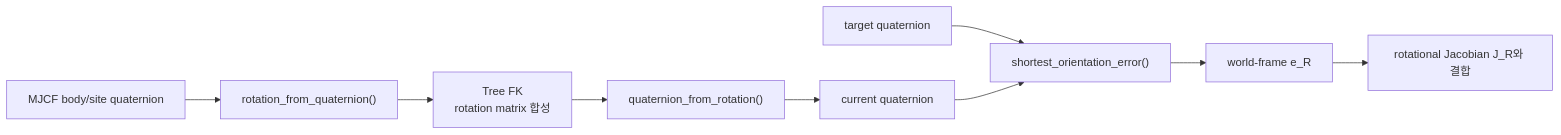
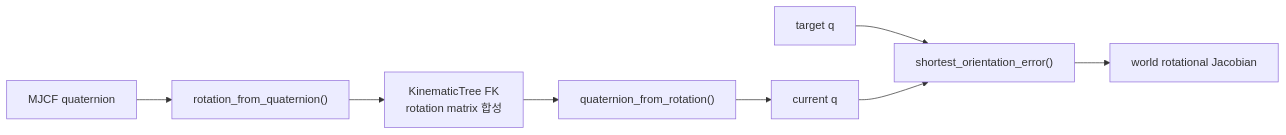
The diagram in docs/guide/quaternion-math.md (Geonhee-LEE/aiworker-mj-lab), drawn with Mermaid before and after one commit. The commit also changed other lines of this file and 54 other files, not shown here.

````diff
--- a/docs/guide/quaternion-math.md
+++ b/docs/guide/quaternion-math.md
@@ -245,11 +81,10 @@
 ```mermaid
 flowchart LR
-    M["MJCF body/site quaternion"] --> RQ["rotation_from_quaternion()"]
-    RQ --> FK["Tree FK<br>rotation matrix 합성"]
+    M["MJCF quaternion"] --> RQ["rotation_from_quaternion()"]
+    RQ --> FK["KinematicTree FK<br>rotation matrix 합성"]
     FK --> QR["quaternion_from_rotation()"]
-    QR --> QC["current quaternion"]
-    QT["target quaternion"] --> ER["shortest_orientation_error()"]
-    QC --> ER
-    ER --> E["world-frame e_R"]
-    E --> IK["rotational Jacobian J_R와 결합"]
+    QR --> C["current q"]
+    T["target q"] --> E["shortest_orientation_error()"]
+    C --> E
+    E --> IK["world rotational Jacobian"]
 ```
````
